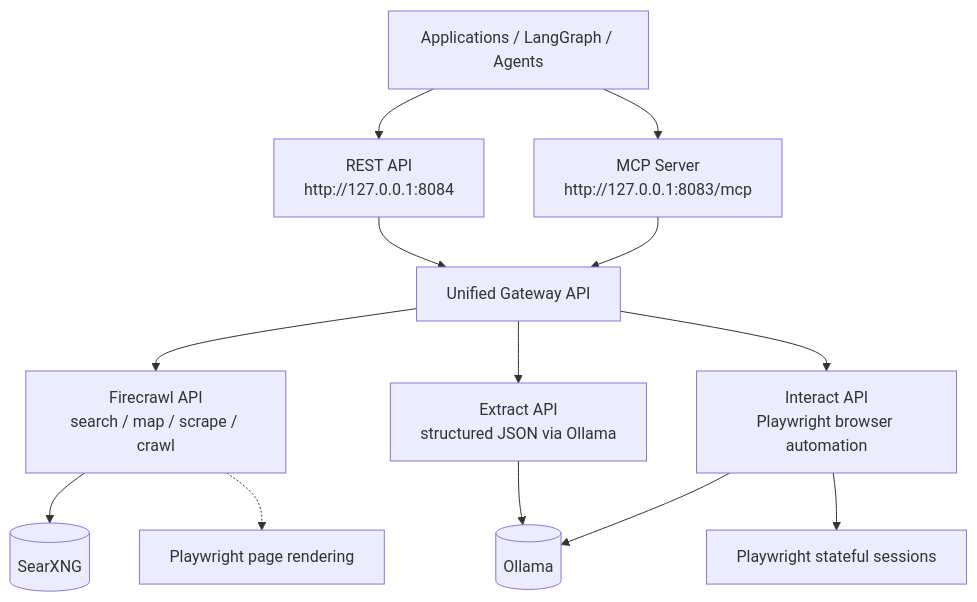
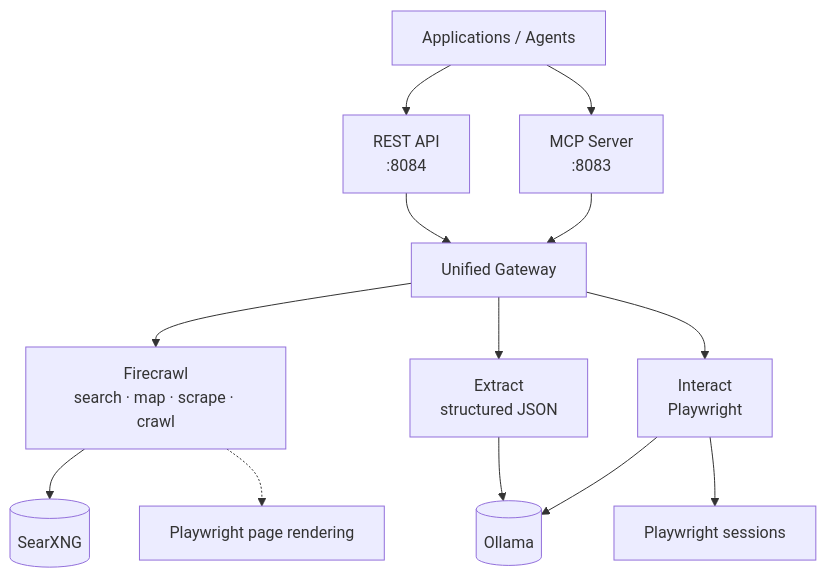
Before and after one commit to drintoul/web-research: the diagram in README.md, drawn with Mermaid.

Commit message:
Update architecture diagram with improved Mermaid styling and layout
- Add Mermaid theme initialization for better rendering
- Simplify node labels and remove redundant text
- Reorganize node definitions for clearer visual hierarchy
- Adjust connection flow for improved readability

````diff
--- a/README.md
+++ b/README.md
@@ -23,15 +23,27 @@
 ```mermaid
+%%{init: {'theme': 'default', 'flowchart': {'useMaxWidth': true, 'htmlLabels': true}}}%%
 flowchart TD
-    A[Applications / LangGraph / Agents] --> B[REST API<br/>http://127.0.0.1:8084]
-    A --> C[MCP Server<br/>http://127.0.0.1:8083/mcp]
-    B --> D[Unified Gateway API]
+    A[Applications / Agents]
+    B[REST API<br/>:8084]
+    C[MCP Server<br/>:8083]
+    D[Unified Gateway]
+    E[Firecrawl<br/>search · map · scrape · crawl]
+    F[Extract<br/>structured JSON]
+    G[Interact<br/>Playwright]
+    H[(SearXNG)]
+    I[(Ollama)]
+    J[Playwright page rendering]
+    K[Playwright sessions]
+    A --> B
+    A --> C
+    B --> D
     C --> D
-    D --> E[Firecrawl API<br/>search / map / scrape / crawl]
-    D --> F[Extract API<br/>structured JSON via Ollama]
-    D --> G[Interact API<br/>Playwright browser automation]
-    E --> H[(SearXNG)]
-    F --> I[(Ollama)]
+    D --> E
+    D --> F
+    D --> G
+    E --> H
+    E -.-> J
+    F --> I
     G --> I
-    E -.-> J[Playwright page rendering]
-    G --> K[Playwright stateful sessions]
+    G --> K
 ```
````
